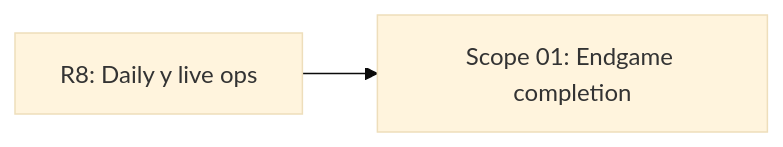
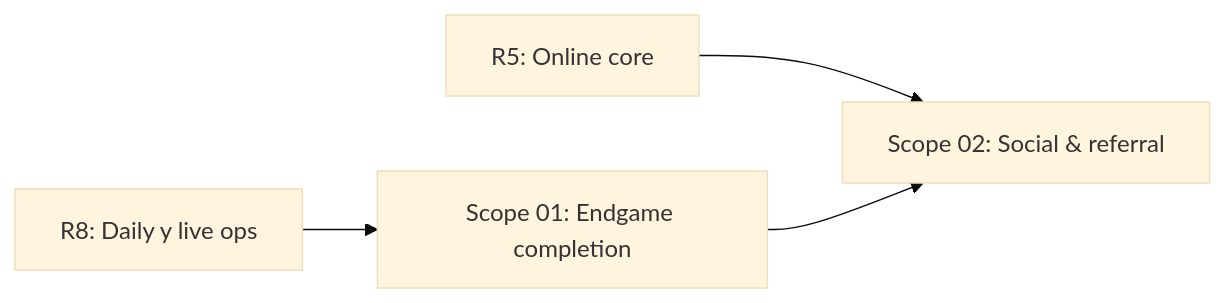
Before and after one commit to cmartinezs/lab-lights-web: the diagram in .planning/active/010-roadmap-r9-endgame/01-expansion.md, drawn with Mermaid (base theme). The commit also changed other lines of this file and 58 other files, not shown here.

First line of the commit message:
feat(ui): full UI redesign R3 — multi-mode game, lab home screen, social referral planning

````diff
--- a/.planning/active/010-roadmap-r9-endgame/01-expansion.md
+++ b/.planning/active/010-roadmap-r9-endgame/01-expansion.md
@@ -14,4 +15,6 @@
 ```mermaid
 flowchart LR
     R8[R8: Daily y live ops] --> S01[Scope 01: Endgame completion]
+    R5[R5: Online core] --> S02[Scope 02: Social & referral]
+    S01 --> S02
 ```
````
